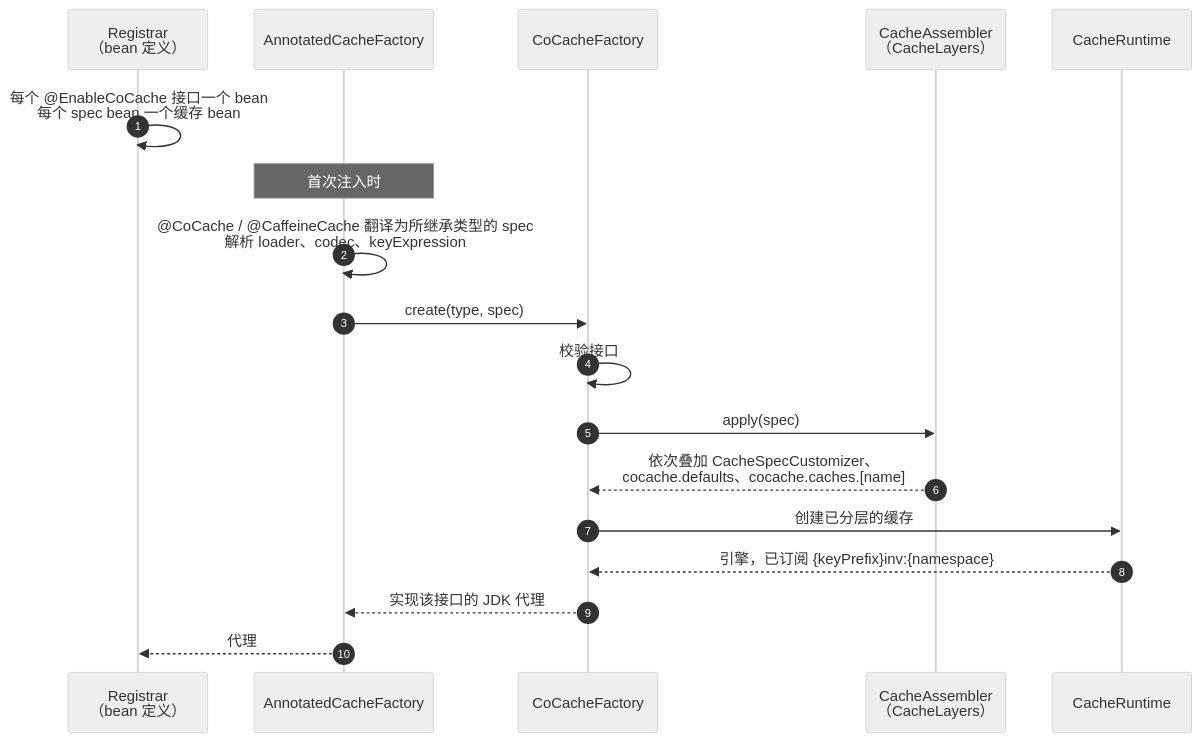
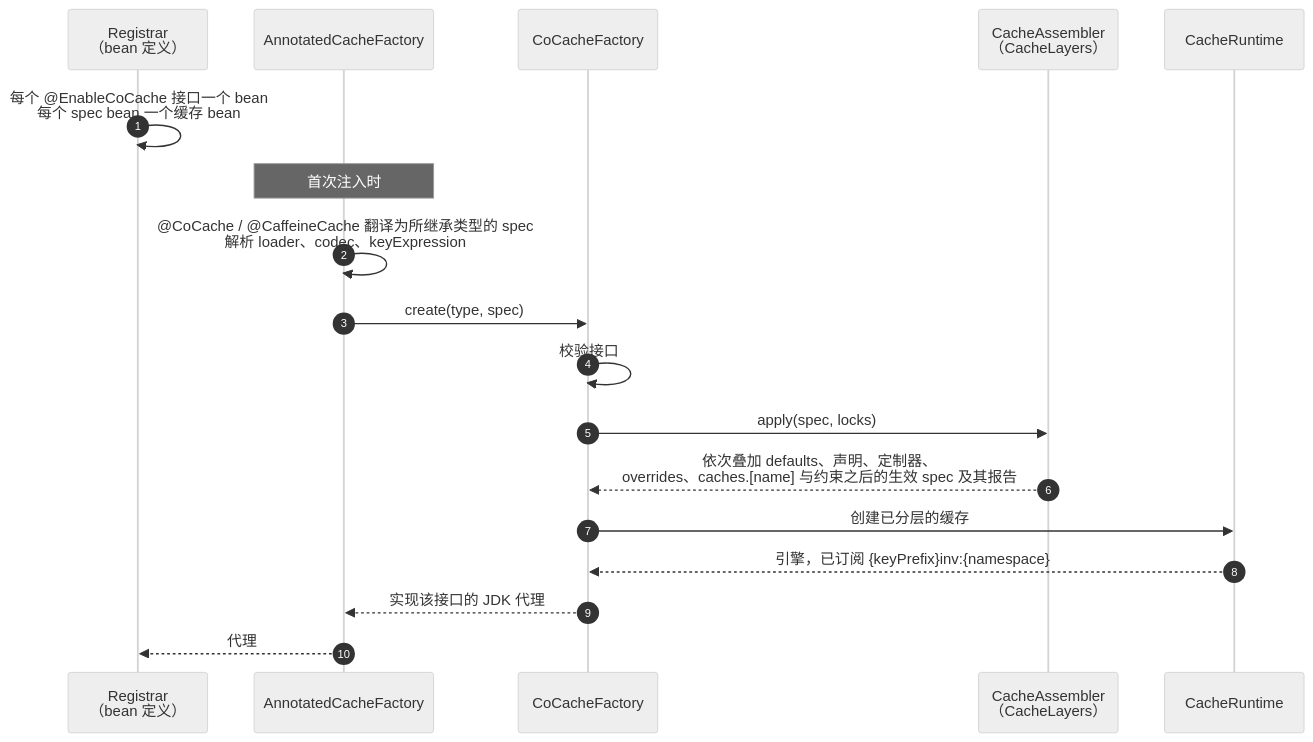
Before and after one commit to Ahoo-Wang/CoCache: the second of 2 diagrams in wiki/zh/architecture/index.md, drawn with Mermaid (neutral theme). The commit also changed other lines of this file and 78 other files, not shown here.

````diff
--- a/wiki/zh/architecture/index.md
+++ b/wiki/zh/architecture/index.md
@@ -97,20 +97,20 @@
 ```mermaid
 sequenceDiagram
     autonumber
     participant Reg as Registrar<br>（bean 定义）
     participant Fac as AnnotatedCacheFactory
     participant F as CoCacheFactory
     participant Asm as CacheAssembler<br>（CacheLayers）
     participant RT as CacheRuntime
     Reg->>Reg: 每个 @EnableCoCache 接口一个 bean<br>每个 spec bean 一个缓存 bean
     Note over Fac: 首次注入时
     Fac->>Fac: @CoCache / @CaffeineCache 翻译为所继承类型的 spec<br>解析 loader、codec、keyExpression
     Fac->>F: create(type, spec)
     F->>F: 校验接口
-    F->>Asm: apply(spec)
-    Asm-->>F: 依次叠加 CacheSpecCustomizer、<br>cocache.defaults、cocache.caches.[name]
+    F->>Asm: apply(spec, locks)
+    Asm-->>F: 依次叠加 defaults、声明、定制器、<br>overrides、caches.[name] 与约束之后的生效 spec 及其报告
     F->>RT: 创建已分层的缓存
     RT-->>F: 引擎，已订阅 {keyPrefix}inv:{namespace}
     F-->>Fac: 实现该接口的 JDK 代理
     Fac-->>Reg: 代理
 ```
````
